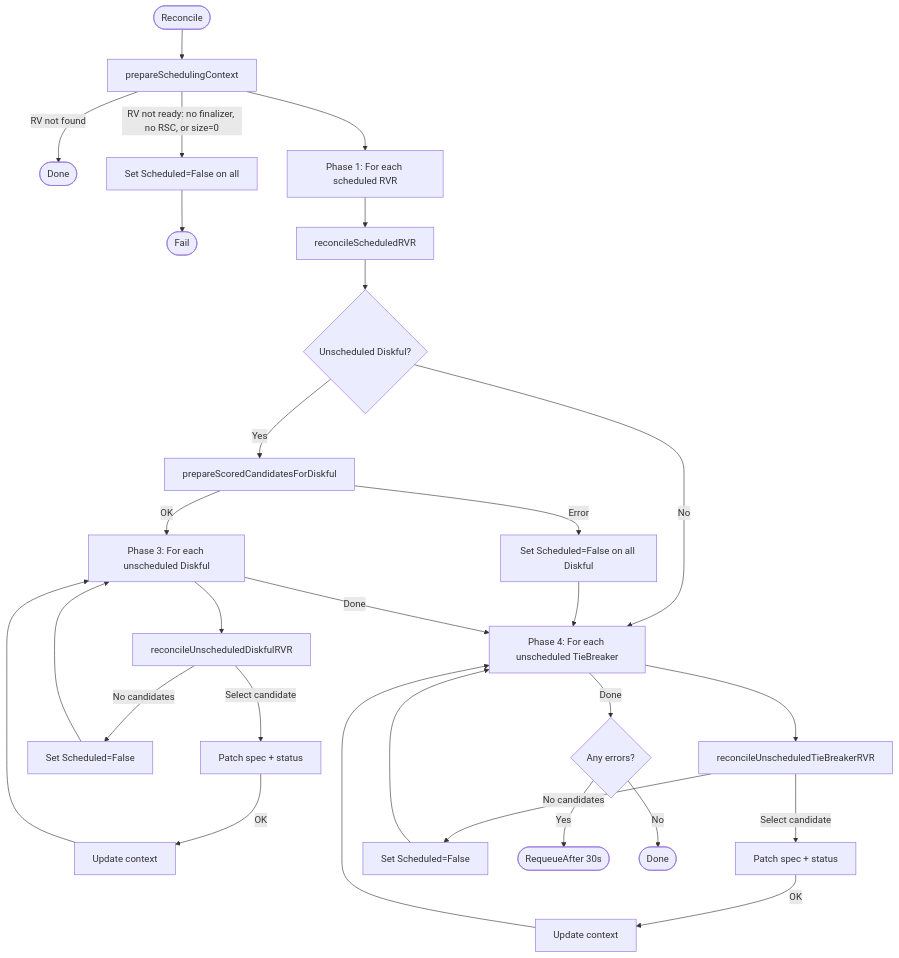
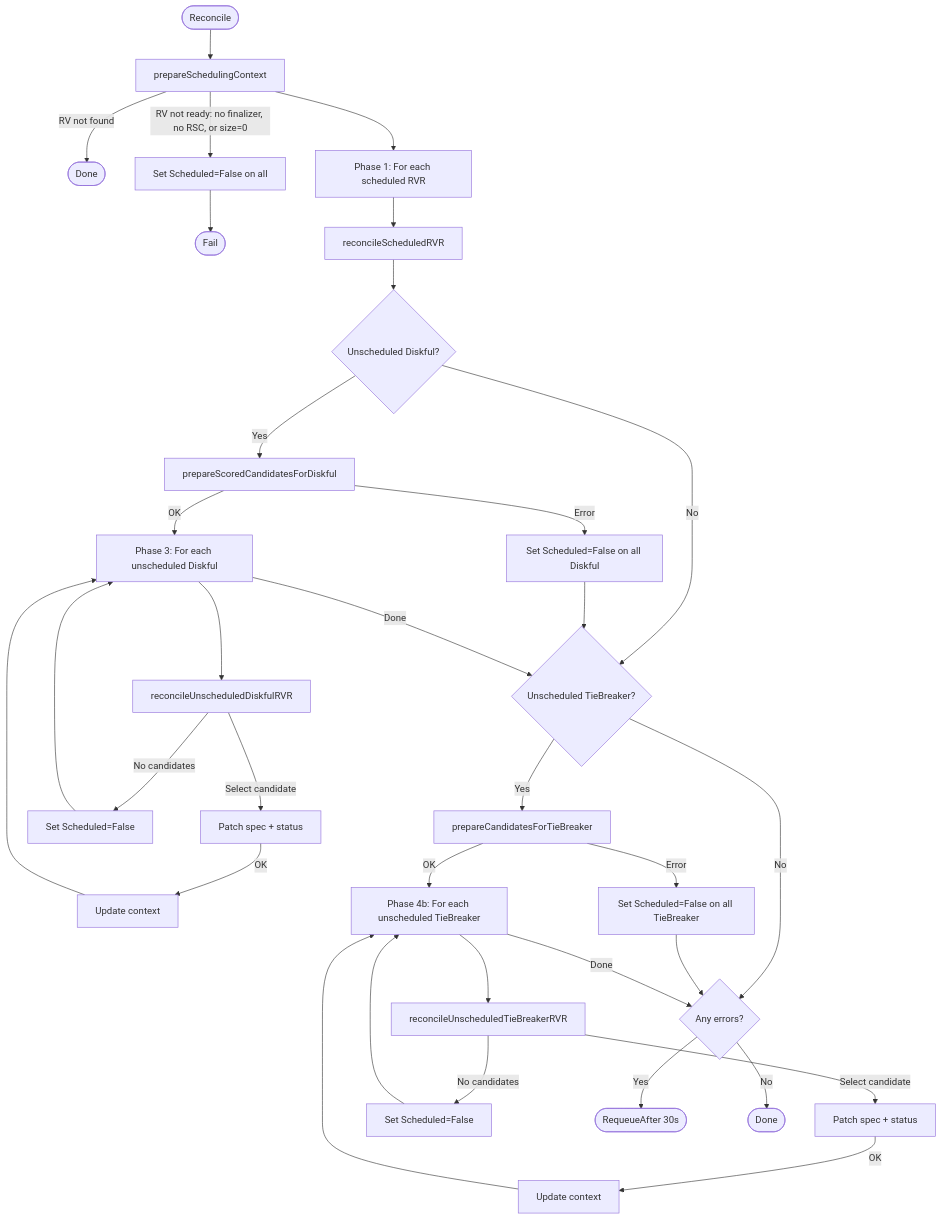
The first of 2 diagrams in images/controller/internal/controllers/rvr_scheduling_controller/README.md (deckhouse/sds-replicated-volume), drawn with Mermaid before and after one commit. The commit also changed other lines of this file, not shown here.

````diff
--- a/images/controller/internal/controllers/rvr_scheduling_controller/README.md
+++ b/images/controller/internal/controllers/rvr_scheduling_controller/README.md
@@ -168,36 +177,42 @@
 ```mermaid
 flowchart TD
     Start([Reconcile]) --> Prepare[prepareSchedulingContext]
     Prepare -->|RV not found| Done1([Done])
     Prepare -->|RV not ready: no finalizer, no RSC, or size=0| SetFailed1[Set Scheduled=False on all]
     SetFailed1 --> Fail1([Fail])
 
     Prepare --> Phase1[Phase 1: For each scheduled RVR]
     Phase1 --> ReconcileScheduled[reconcileScheduledRVR]
     ReconcileScheduled --> Phase2{Unscheduled Diskful?}
 
-    Phase2 -->|No| Phase4
+    Phase2 -->|No| Phase4a
     Phase2 -->|Yes| PrepareCandidates[prepareScoredCandidatesForDiskful]
     PrepareCandidates -->|Error| MarkFailed[Set Scheduled=False on all Diskful]
-    MarkFailed --> Phase4
+    MarkFailed --> Phase4a
     PrepareCandidates -->|OK| Phase3[Phase 3: For each unscheduled Diskful]
 
     Phase3 --> ReconcileDiskful[reconcileUnscheduledDiskfulRVR]
     ReconcileDiskful -->|Select candidate| PatchDiskful[Patch spec + status]
     PatchDiskful -->|OK| UpdateCtx[Update context]
     UpdateCtx --> Phase3
     ReconcileDiskful -->|No candidates| SetFalse2[Set Scheduled=False]
     SetFalse2 --> Phase3
 
-    Phase3 -->|Done| Phase4[Phase 4: For each unscheduled TieBreaker]
-    Phase4 --> ReconcileTB[reconcileUnscheduledTieBreakerRVR]
+    Phase3 -->|Done| Phase4a{Unscheduled TieBreaker?}
+    Phase4a -->|No| CheckErrors
+    Phase4a -->|Yes| PrepareTBCandidates[prepareCandidatesForTieBreaker]
+    PrepareTBCandidates -->|Error| MarkTBFailed[Set Scheduled=False on all TieBreaker]
+    MarkTBFailed --> CheckErrors
+    PrepareTBCandidates -->|OK| Phase4b[Phase 4b: For each unscheduled TieBreaker]
+
+    Phase4b --> ReconcileTB[reconcileUnscheduledTieBreakerRVR]
     ReconcileTB -->|Select candidate| PatchTB[Patch spec + status]
     PatchTB -->|OK| UpdateCtx2[Update context]
-    UpdateCtx2 --> Phase4
+    UpdateCtx2 --> Phase4b
     ReconcileTB -->|No candidates| SetFalse3[Set Scheduled=False]
-    SetFalse3 --> Phase4
+    SetFalse3 --> Phase4b
 
-    Phase4 -->|Done| CheckErrors{Any errors?}
+    Phase4b -->|Done| CheckErrors{Any errors?}
     CheckErrors -->|Yes| Requeue([RequeueAfter 30s])
     CheckErrors -->|No| Done2([Done])
 ```
````
